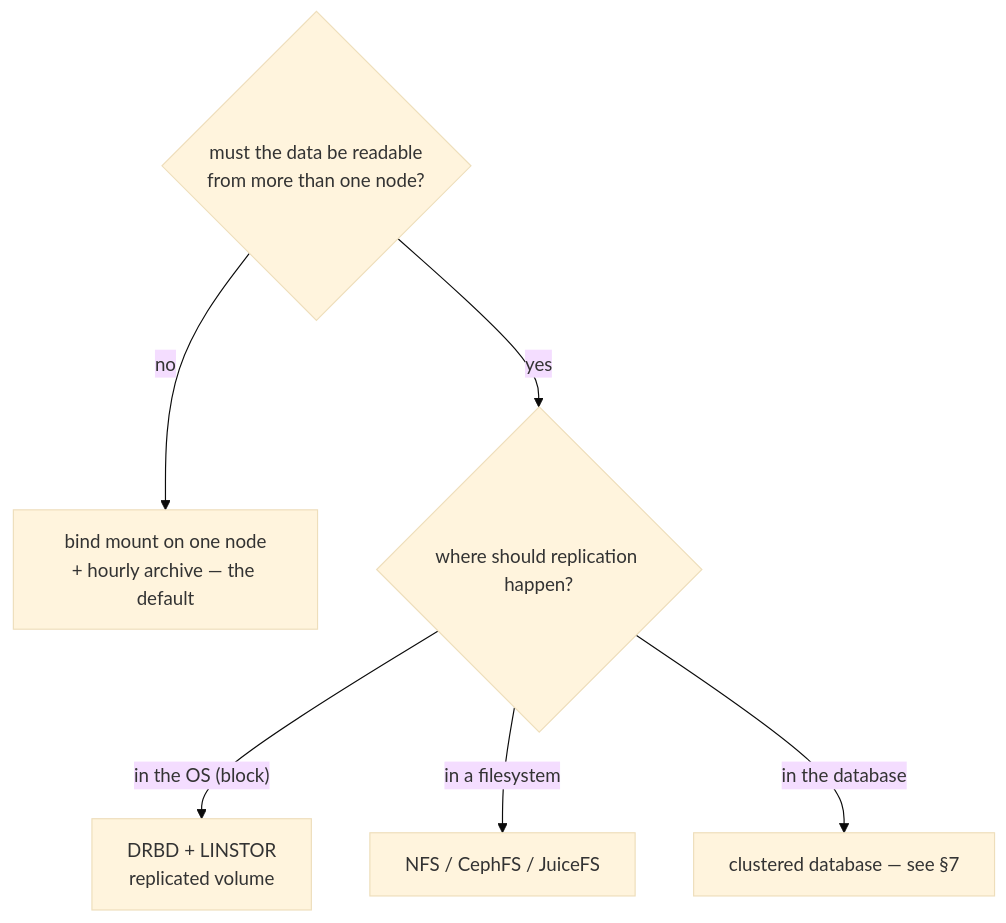
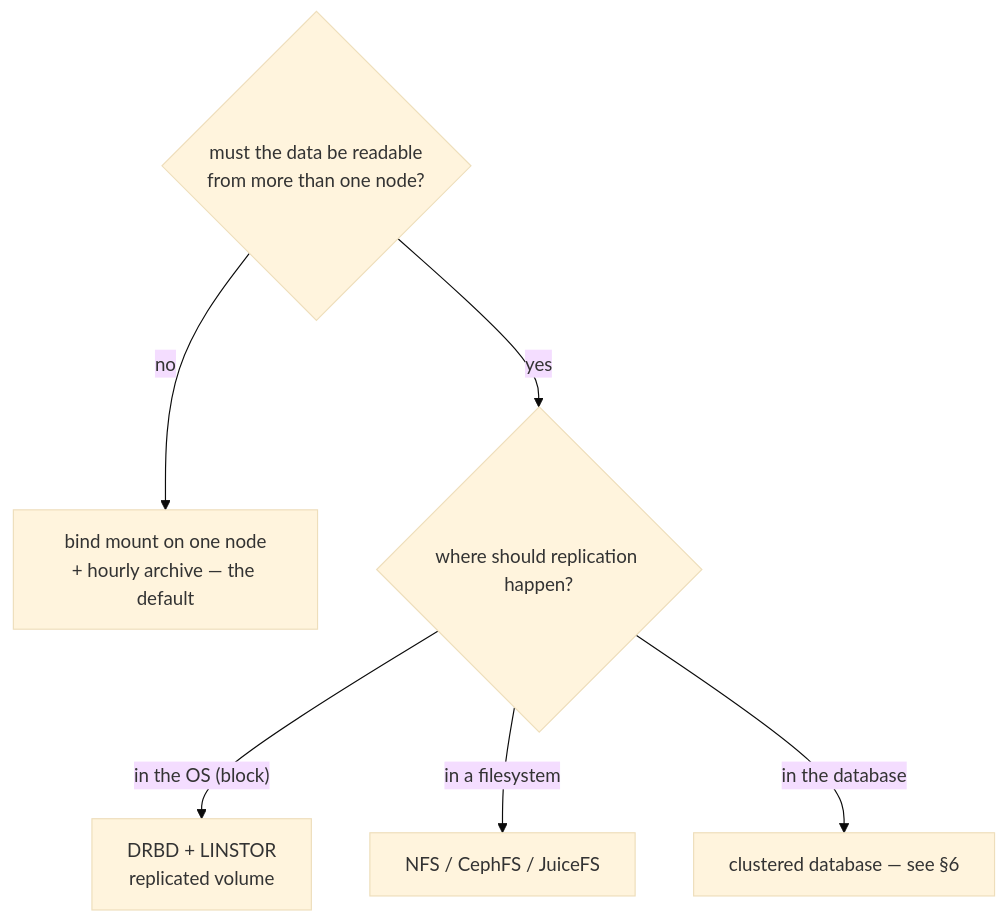
The fifth of 6 diagrams in docs/storage-and-databases.md (hazemarian/poor-man-cluster), drawn with Mermaid (base theme) before and after one commit. The commit also changed other lines of this file and 9 other files, not shown here.

````diff
--- a/docs/storage-and-databases.md
+++ b/docs/storage-and-databases.md
@@ -588,8 +245,8 @@
 ```mermaid
 flowchart TD
     Q{"must the data be readable<br/>from more than one node?"} -->|no| A["bind mount on one node<br/>+ hourly archive — the default"]
     Q -->|yes| R{"where should replication happen?"}
     R -->|"in the OS (block)"| B["DRBD + LINSTOR<br/>replicated volume"]
     R -->|"in a filesystem"| C["NFS / CephFS / JuiceFS"]
-    R -->|"in the database"| D["clustered database — see §7"]
+    R -->|"in the database"| D["clustered database — see §6"]
 ```
````
